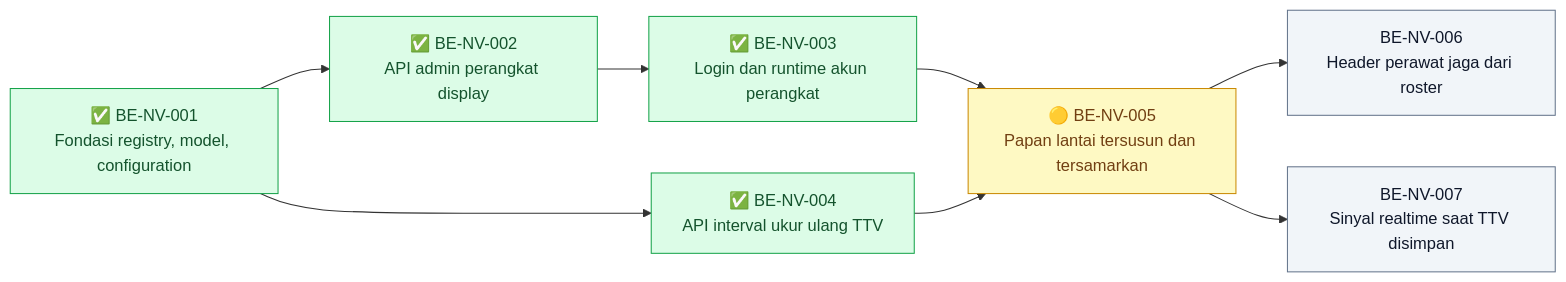
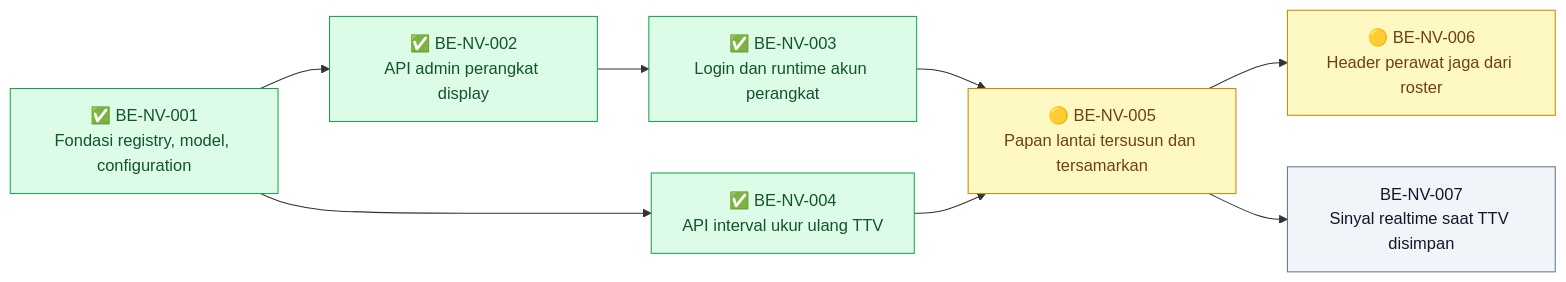
Before and after one commit to DevBenari/NewQuilvianSystemBackend: the diagram in docs/module-blueprints/nurse-view/roadmap/backend-roadmap.md, drawn with Mermaid. The commit also changed other lines of this file and 52 other files, not shown here.

````diff
--- a/docs/module-blueprints/nurse-view/roadmap/backend-roadmap.md
+++ b/docs/module-blueprints/nurse-view/roadmap/backend-roadmap.md
@@ -22,24 +22,24 @@
 ```mermaid
 flowchart LR
     classDef selesai fill:#DCFCE7,stroke:#16A34A,color:#14532D
     classDef sebagian fill:#FEF9C3,stroke:#CA8A04,color:#713F12
     classDef terblokir fill:#FEE2E2,stroke:#DC2626,color:#7F1D1D
     classDef belum fill:#F1F5F9,stroke:#64748B,color:#0F172A
     classDef luar fill:#EDE9FE,stroke:#7C3AED,color:#3B0764
 
     BENV001["✅ BE-NV-001<br/>Fondasi registry, model, configuration"]:::selesai
     BENV002["✅ BE-NV-002<br/>API admin perangkat display"]:::selesai
     BENV003["✅ BE-NV-003<br/>Login dan runtime akun perangkat"]:::selesai
     BENV004["✅ BE-NV-004<br/>API interval ukur ulang TTV"]:::selesai
     BENV005["🟡 BE-NV-005<br/>Papan lantai tersusun dan tersamarkan"]:::sebagian
-    BENV006["BE-NV-006<br/>Header perawat jaga dari roster"]:::belum
+    BENV006["🟡 BE-NV-006<br/>Header perawat jaga dari roster"]:::sebagian
     BENV007["BE-NV-007<br/>Sinyal realtime saat TTV disimpan"]:::belum
 
     BENV001 --> BENV002
     BENV001 --> BENV004
     BENV002 --> BENV003
     BENV003 --> BENV005
     BENV004 --> BENV005
     BENV005 --> BENV006
     BENV005 --> BENV007
 ```
````
